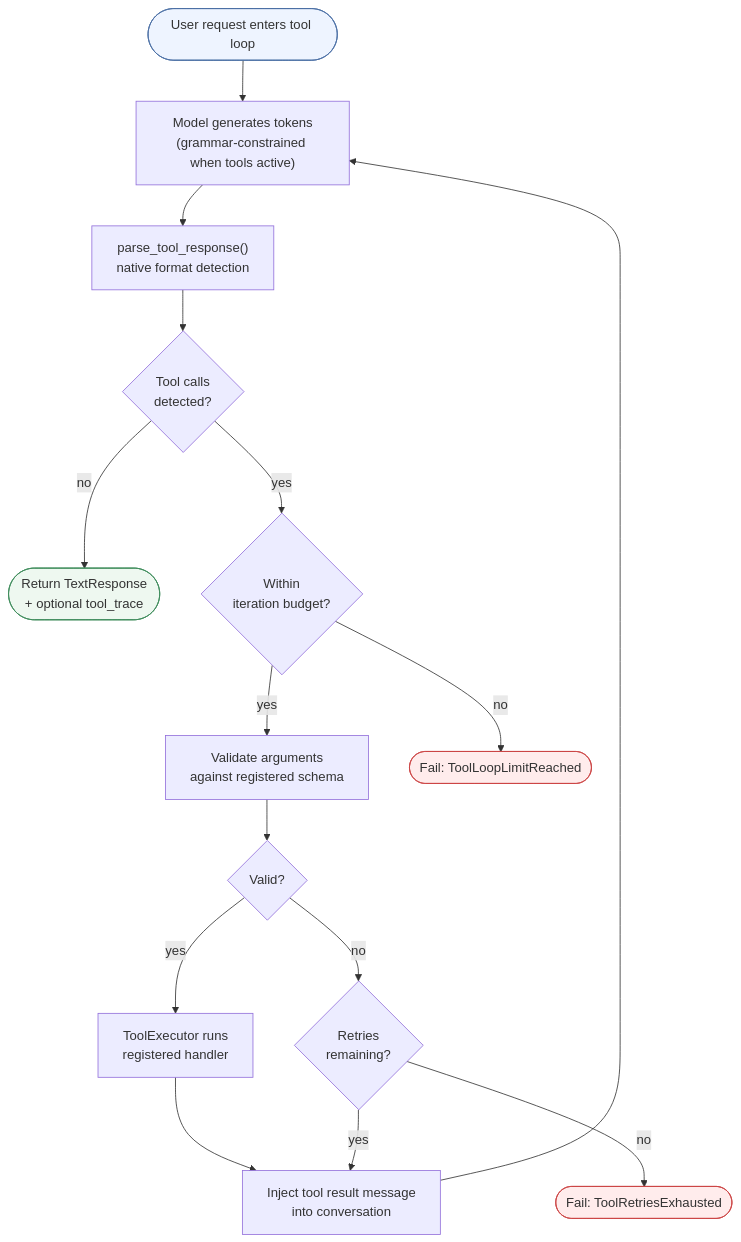
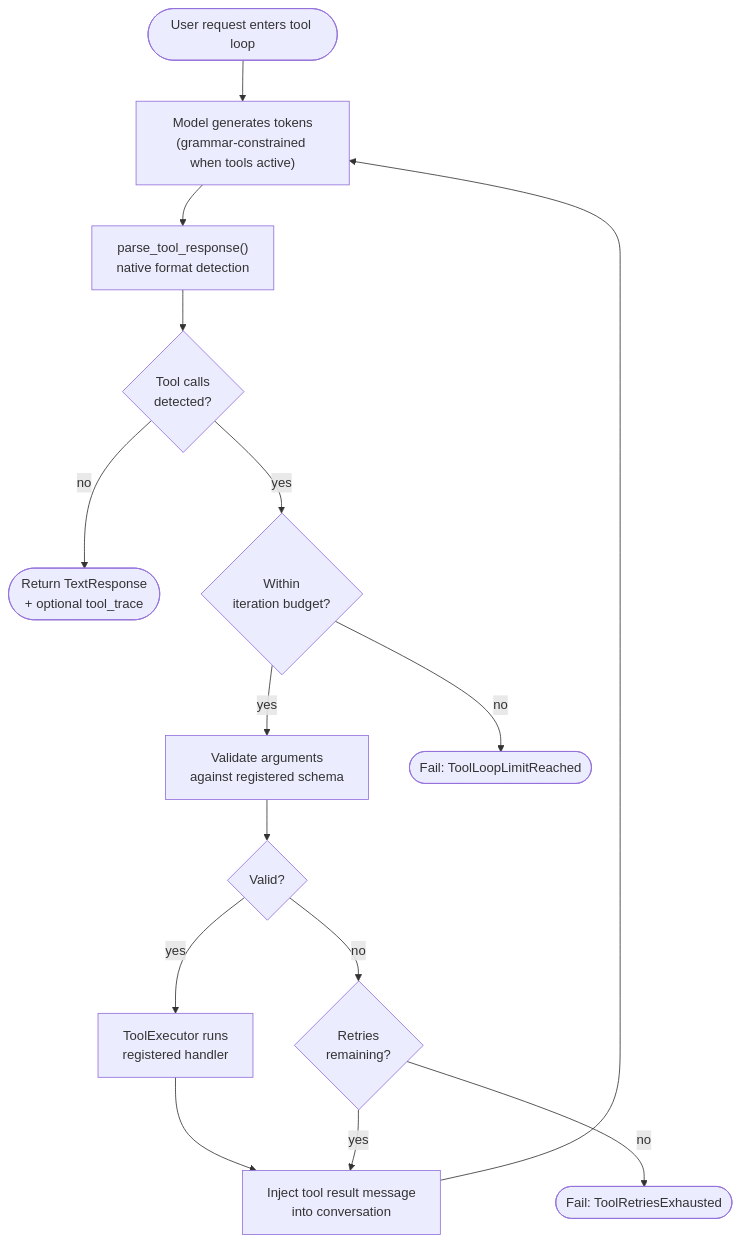
Before and after one commit to crybo-rybo/zoo-keeper: the diagram in docs/tools.md, drawn with Mermaid. The commit also changed 6 other files, not shown here.

First line of the commit message:
docs: drop custom Mermaid style overrides for consistent rendering

````diff
--- a/docs/tools.md
+++ b/docs/tools.md
@@ -11,31 +11,27 @@
 ```mermaid
 flowchart TD
     START(["User request enters tool loop"])
     GEN["Model generates tokens<br/>(grammar-constrained when tools active)"]
     PARSE["parse_tool_response()<br/>native format detection"]
     TEXT{"Tool calls<br/>detected?"}
     DONE(["Return TextResponse<br/>+ optional tool_trace"])
     VAL["Validate arguments<br/>against registered schema"]
     OK{"Valid?"}
     EXEC["ToolExecutor runs<br/>registered handler"]
     INJ["Inject tool result message<br/>into conversation"]
     RETRY{"Retries<br/>remaining?"}
     FAIL(["Fail: ToolRetriesExhausted"])
     LIMIT{"Within<br/>iteration budget?"}
     LIMITFAIL(["Fail: ToolLoopLimitReached"])
 
     START --> GEN --> PARSE --> TEXT
     TEXT -->|no| DONE
     TEXT -->|yes| LIMIT
     LIMIT -->|no| LIMITFAIL
     LIMIT -->|yes| VAL --> OK
     OK -->|yes| EXEC --> INJ --> GEN
     OK -->|no| RETRY
     RETRY -->|yes| INJ
     RETRY -->|no| FAIL
 
-    style START fill:#eef4ff,stroke:#4a6fa5
-    style DONE fill:#eef8f0,stroke:#3d8b5a
-    style FAIL fill:#ffecec,stroke:#c44
-    style LIMITFAIL fill:#ffecec,stroke:#c44
 ```
````
